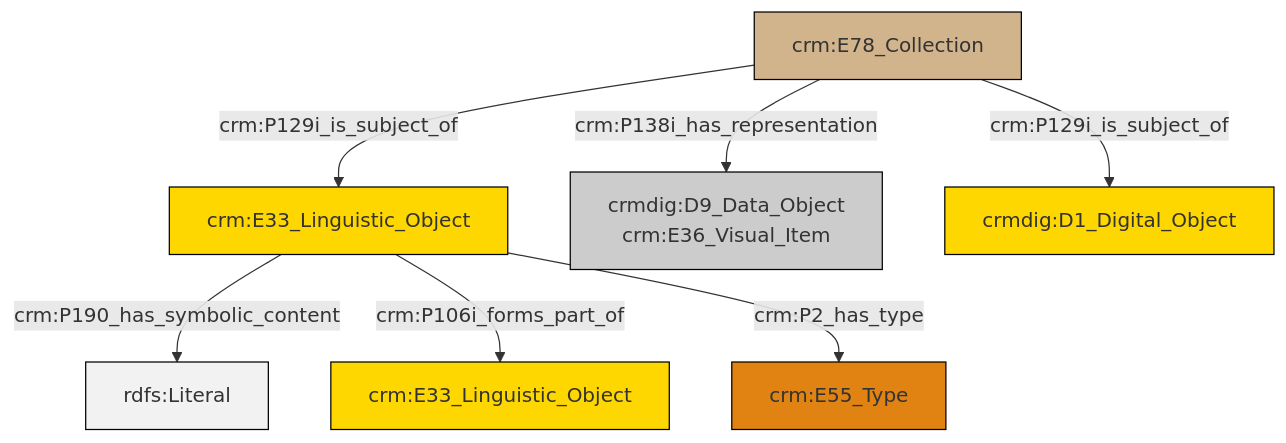
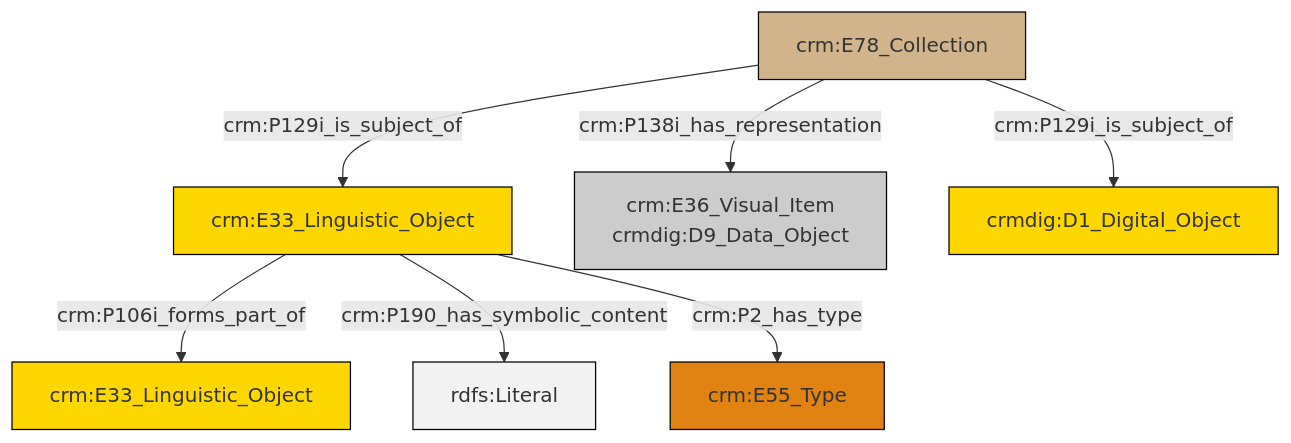
The diagram in et/archivalCSV/ttl/mmd/archival_docs.ttl.mmd (swiss-art-research-net/docs.swissartresearch), drawn with Mermaid before and after one commit. The commit also changed 202 other files, not shown here.

```diff
--- a/et/archivalCSV/ttl/mmd/archival_docs.ttl.mmd
+++ b/et/archivalCSV/ttl/mmd/archival_docs.ttl.mmd
@@ -1,21 +1,21 @@
 graph TD
 classDef Literal fill:#f2f2f2,stroke:#000000;
 classDef CRM_Entity fill:#FFFFFF,stroke:#000000;
 classDef Temporal_Entity fill:#00C9E6, stroke:#000000;
 classDef Type fill:#E18312, stroke:#000000;
 classDef Time-Span fill:#2C9C91, stroke:#000000;
 classDef Appellation fill:#FFEB7F, stroke:#000000;
 classDef Place fill:#008836, stroke:#000000;
 classDef Persistent_Item fill:#B266B2, stroke:#000000;
 classDef Conceptual_Object fill:#FFD700, stroke:#000000;
 classDef Physical_Thing fill:#D2B48C, stroke:#000000;
 classDef Actor fill:#f58aad, stroke:#000000;
 classDef PC_Classes fill:#4ce600, stroke:#000000;
 classDef Multi fill:#cccccc,stroke:#000000;
 
-0["crm:E33_Linguistic_Object"]:::Conceptual_Object -->|crm:P190_has_symbolic_content| 2[rdfs:Literal]:::Literal
-0["crm:E33_Linguistic_Object"]:::Conceptual_Object -->|crm:P106i_forms_part_of| 3["crm:E33_Linguistic_Object"]:::Conceptual_Object
-9["crm:E78_Collection"]:::Physical_Thing -->|crm:P129i_is_subject_of| 0["crm:E33_Linguistic_Object"]:::Conceptual_Object
-0["crm:E33_Linguistic_Object"]:::Conceptual_Object -->|crm:P2_has_type| 7["crm:E55_Type"]:::Type
-9["crm:E78_Collection"]:::Physical_Thing -->|crm:P138i_has_representation| 5["crmdig:D9_Data_Object<br>crm:E36_Visual_Item"]:::Multi
-9["crm:E78_Collection"]:::Physical_Thing -->|crm:P129i_is_subject_of| 10["crmdig:D1_Digital_Object"]:::Conceptual_Object
+2["crm:E33_Linguistic_Object"]:::Conceptual_Object -->|crm:P106i_forms_part_of| 3["crm:E33_Linguistic_Object"]:::Conceptual_Object
+2["crm:E33_Linguistic_Object"]:::Conceptual_Object -->|crm:P190_has_symbolic_content| 6[rdfs:Literal]:::Literal
+0["crm:E78_Collection"]:::Physical_Thing -->|crm:P129i_is_subject_of| 2["crm:E33_Linguistic_Object"]:::Conceptual_Object
+0["crm:E78_Collection"]:::Physical_Thing -->|crm:P129i_is_subject_of| 9["crmdig:D1_Digital_Object"]:::Conceptual_Object
+2["crm:E33_Linguistic_Object"]:::Conceptual_Object -->|crm:P2_has_type| 4["crm:E55_Type"]:::Type
+0["crm:E78_Collection"]:::Physical_Thing -->|crm:P138i_has_representation| 7["crm:E36_Visual_Item<br>crmdig:D9_Data_Object"]:::Multi
```
